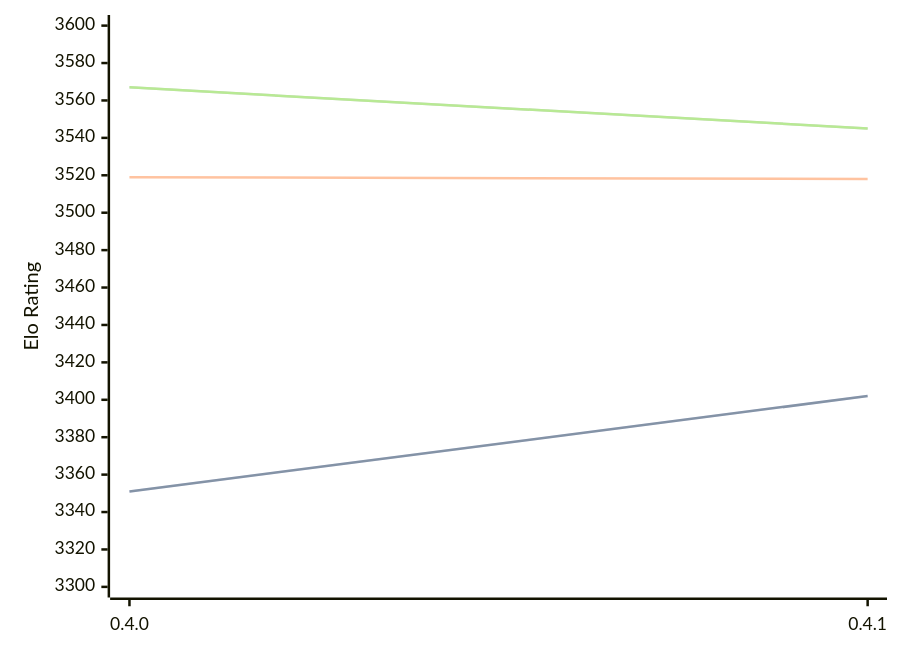
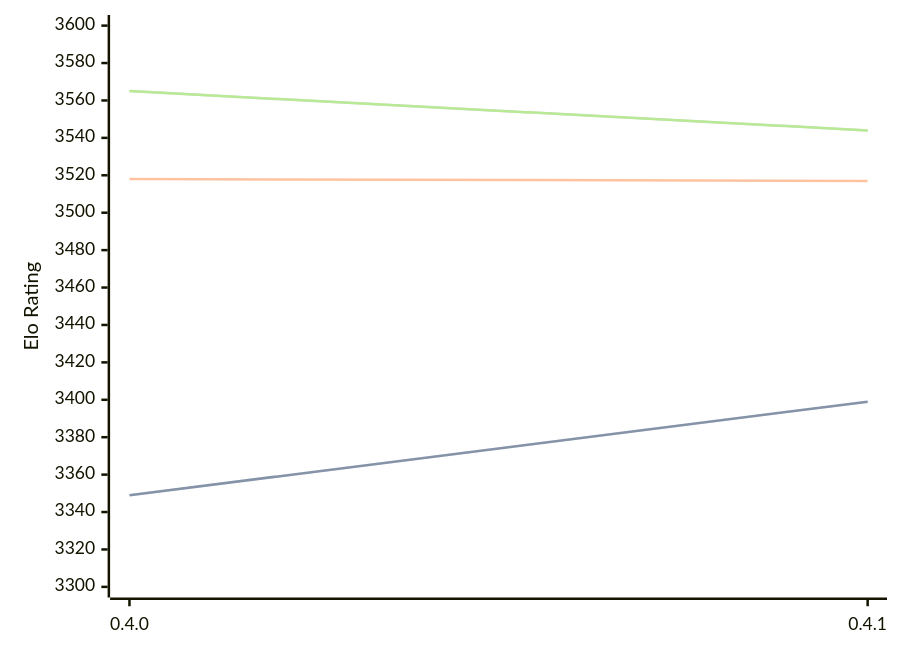
One commit to computer-chess-index/cci changed the diagram in engines/Cinder.md. Above: the diagram before and after it, drawn with Mermaid. The commit also changed other lines of this file, not shown here.

Commit message:
Update CCI Ratings (ELO VLTC) - 2026-03-08

````diff
--- a/engines/Cinder.md
+++ b/engines/Cinder.md
@@ -38,11 +38,11 @@
 ```mermaid
 %%{init: {"theme":"base","themeVariables":{"seriesColors:['#a3a3a3','#222221','#faa371']}}}%%
 xychart-beta
   x-axis ["0.4.0", "0.4.1"]
   y-axis "Elo Rating" 3300 --> 3600
-  line "STC (8.0+0.08s)" [3351, 3402]
-  line "STC (8.0+0.08s)" [3351, 3402]
-  line "LTC (60.0+0.60s)" [3519, 3518]
-  line "VLTC (2m24s+1.12s)" [3567, 3545]
-  line "VLTC (2m24s+1.12s)" [3567, 3545]
+  line "STC (8.0+0.08s)" [3349, 3399]
+  line "STC (8.0+0.08s)" [3349, 3399]
+  line "LTC (60.0+0.60s)" [3518, 3517]
+  line "VLTC (2m24s+1.12s)" [3565, 3544]
+  line "VLTC (2m24s+1.12s)" [3565, 3544]
 ```
````
